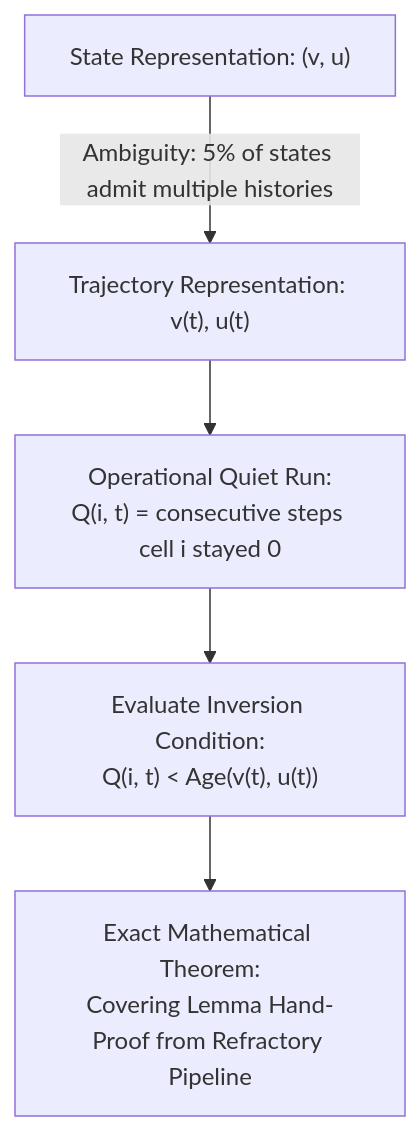
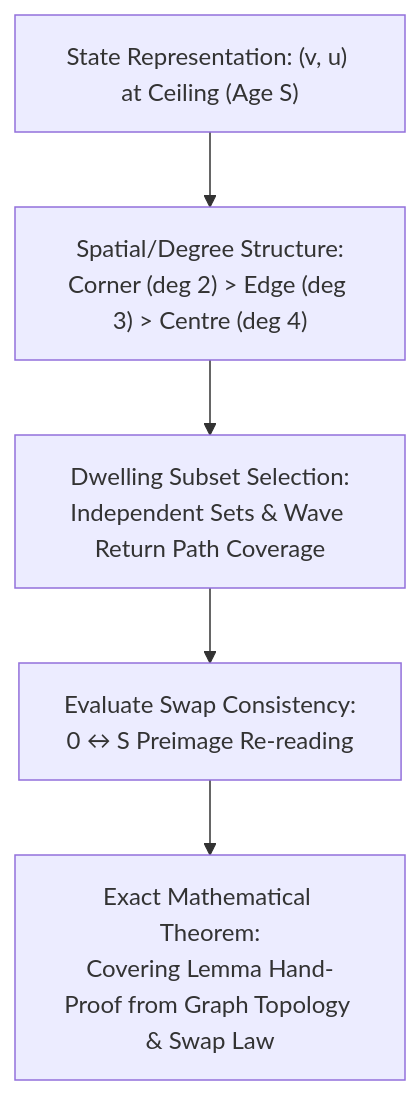
The second of 3 diagrams in docs/research_brainstorming_coherence_horizons.md (promitmoitra/ghca), drawn with Mermaid before and after one commit. The commit also changed other lines of this file, not shown here.

Commit message:
docs(coherence): update Direction 2 with 3x3 H1 falsification and structural/degree witness mechanism

````diff
--- a/docs/research_brainstorming_coherence_horizons.md
+++ b/docs/research_brainstorming_coherence_horizons.md
@@ -157,7 +157,7 @@
 ```mermaid
 flowchart TD
-    A["State Representation: (v, u)"] -->|Ambiguity: 5% of states admit multiple histories| B["Trajectory Representation: v(t), u(t)"]
-    B --> C["Operational Quiet Run:<br/>Q(i, t) = consecutive steps cell i stayed 0"]
-    C --> D["Evaluate Inversion Condition:<br/>Q(i, t) < Age(v(t), u(t))"]
-    D --> E["Exact Mathematical Theorem:<br/>Covering Lemma Hand-Proof from Refractory Pipeline"]
+    A["State Representation: (v, u) at Ceiling (Age S)"] --> B["Spatial/Degree Structure:<br/>Corner (deg 2) > Edge (deg 3) > Centre (deg 4)"]
+    B --> C["Dwelling Subset Selection:<br/>Independent Sets & Wave Return Path Coverage"]
+    C --> D["Evaluate Swap Consistency:<br/>0 ↔ S Preimage Re-reading"]
+    D --> E["Exact Mathematical Theorem:<br/>Covering Lemma Hand-Proof from Graph Topology & Swap Law"]
 ```
````
